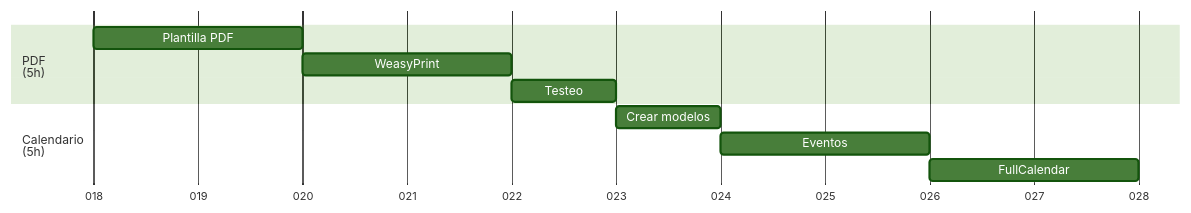
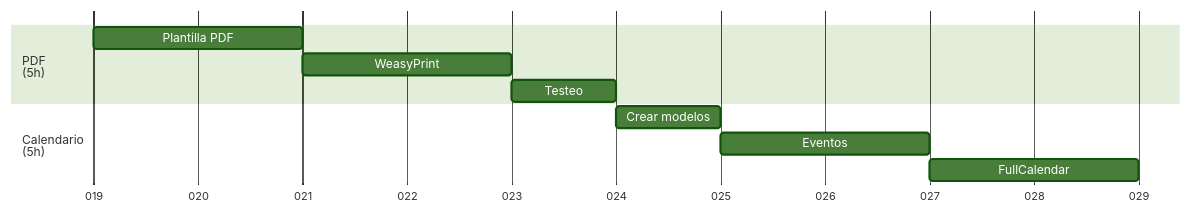
The third of 5 diagrams in .info/roadmap.md (Covija97/BadenTracker), drawn with Mermaid (forest theme) before and after one commit. The commit also changed other lines of this file, not shown here.

Commit message:
Update roadmap.md to adjust task durations and improve scheduling accuracy

````diff
--- a/.info/roadmap.md
+++ b/.info/roadmap.md
@@ -46,15 +46,15 @@
 ```mermaid
 gantt
     dateFormat  DDD
     axisFormat %j
 
     section PDF<br>(5h)
-    Plantilla PDF               : 01-18, 2d
-    WeasyPrint                  : 01-20, 2d
-    Testeo                      : 01-22, 1d
+    Plantilla PDF               : 01-19, 2d
+    WeasyPrint                  : 01-21, 2d
+    Testeo                      : 01-23, 1d
     
     section Calendario<br>(5h)
-    Crear modelos               : 01-23, 1d
-    Eventos                     : 01-24, 2d
-    FullCalendar                : 01-26, 2d
+    Crear modelos               : 01-24, 1d
+    Eventos                     : 01-25, 2d
+    FullCalendar                : 01-27, 2d
 ```
````
